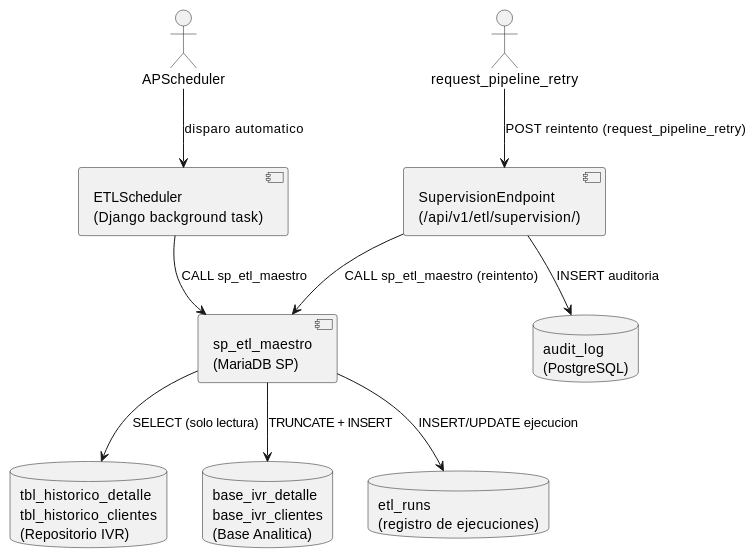
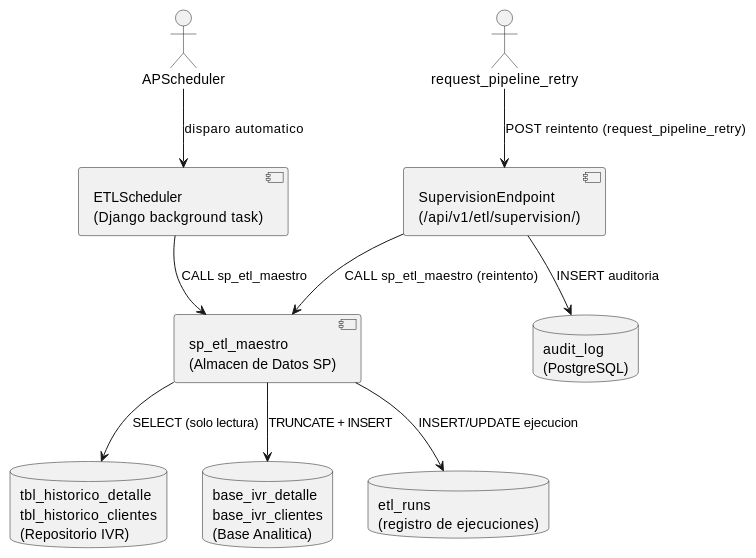
Before and after one commit to jcg-admin/IACT-docs: the diagram in source/arquitectura-tecnica/modulos/etl-monitoring/diagramas/componentes-mod-pipeline.rst, drawn with PlantUML. The commit also changed 160 other files, not shown here.

```diff
--- a/source/arquitectura-tecnica/modulos/etl-monitoring/diagramas/componentes-mod-pipeline.rst
+++ b/source/arquitectura-tecnica/modulos/etl-monitoring/diagramas/componentes-mod-pipeline.rst
@@ -22,27 +22,27 @@
 .. uml::
  :caption: Componentes de MOD_Pipeline y sus dependencias de datos.
 
  @startuml
 
  actor "APScheduler" as Apscheduler
  actor "request_pipeline_retry" as request_pipeline_retry
 
- component "sp_etl_maestro\n(MariaDB SP)" as ETL_SP
+ component "sp_etl_maestro\n(Almacen de Datos SP)" as ETL_SP
  component "SupervisionEndpoint\n(/api/v1/etl/supervision/)" as Supervisionendpoint
  component "ETLScheduler\n(Django background task)" as SCHED
 
  database "tbl_historico_detalle\ntbl_historico_clientes\n(Repositorio IVR)" as HIST
  database "base_ivr_detalle\nbase_ivr_clientes\n(Base Analitica)" as ANAL
  database "etl_runs\n(registro de ejecuciones)" as RUNS
  database "audit_log\n(PostgreSQL)" as AUDIT
 
  Apscheduler --> SCHED : disparo automatico
  request_pipeline_retry --> Supervisionendpoint : POST reintento (request_pipeline_retry)
  SCHED --> ETL_SP : CALL sp_etl_maestro
  Supervisionendpoint --> ETL_SP : CALL sp_etl_maestro (reintento)
  ETL_SP --> HIST : SELECT (solo lectura)
  ETL_SP --> ANAL : TRUNCATE + INSERT
  ETL_SP --> RUNS : INSERT/UPDATE ejecucion
  Supervisionendpoint --> AUDIT : INSERT auditoria
 
  @enduml
```
